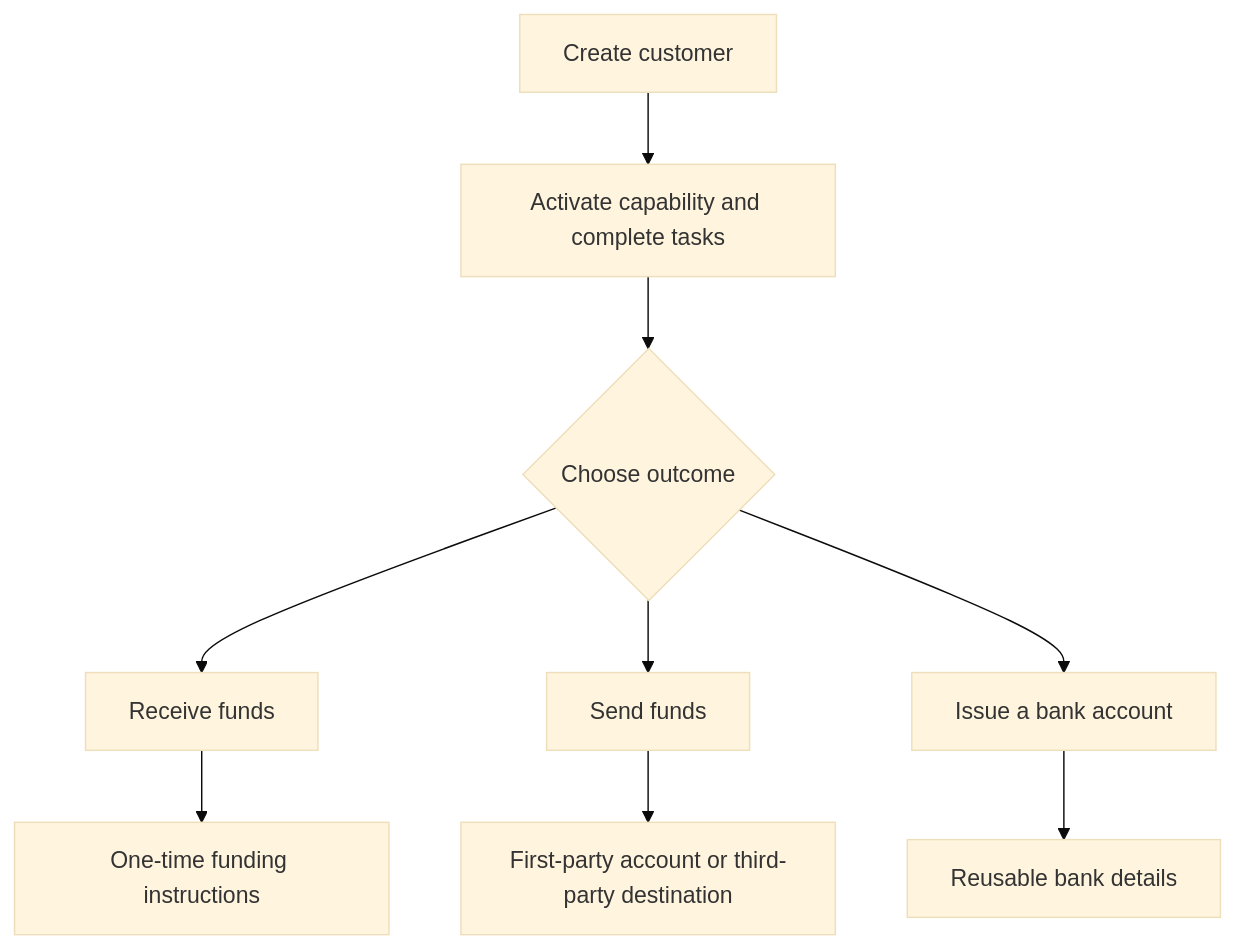
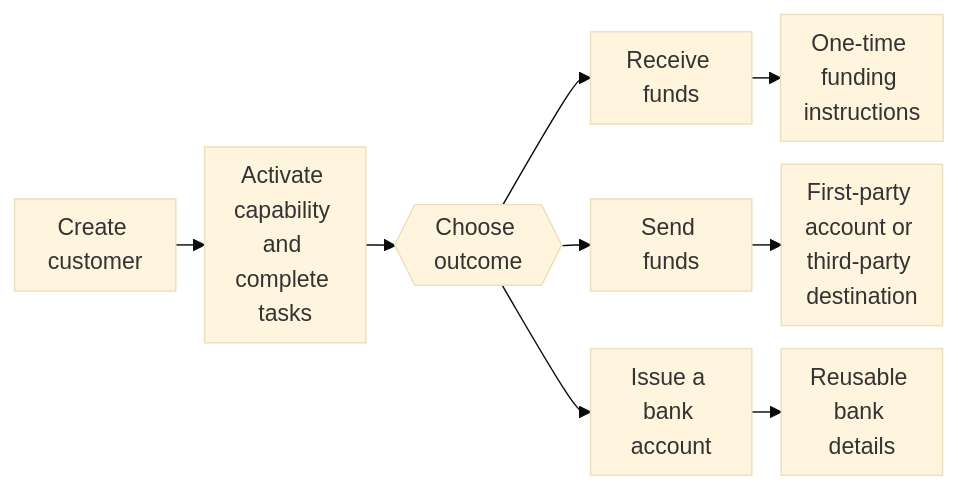
One commit to swipelux/public-docs changed the diagram in ca/integration/common-flows.mdx. Above: the diagram before and after it, drawn with Mermaid (base theme). The commit also changed 199 other files, not shown here.

````diff
--- a/ca/integration/common-flows.mdx
+++ b/ca/integration/common-flows.mdx
@@ -8,11 +8,12 @@
 ```mermaid
-flowchart TD
+%%{init: {"flowchart": {"rankSpacing": 20, "nodeSpacing": 16, "wrappingWidth": 80, "padding": 8}}}%%
+flowchart LR
   A["Create customer"] --> B["Activate capability and complete tasks"]
-  B --> C{"Choose outcome"}
+  B --> C{{"Choose outcome"}}
   C --> D["Receive funds"]
   C --> E["Send funds"]
   C --> F["Issue a bank account"]
   D --> G["One-time funding instructions"]
   E --> H["First-party account or third-party destination"]
   F --> I["Reusable bank details"]
 ```
````
